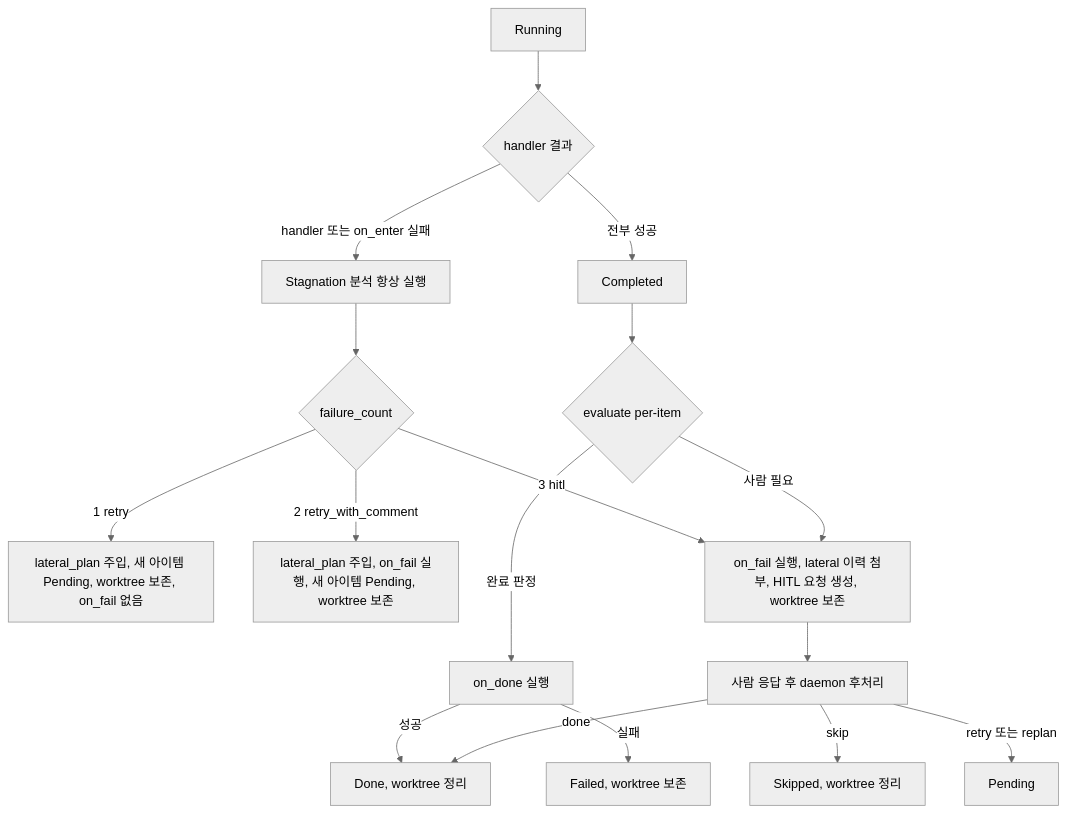
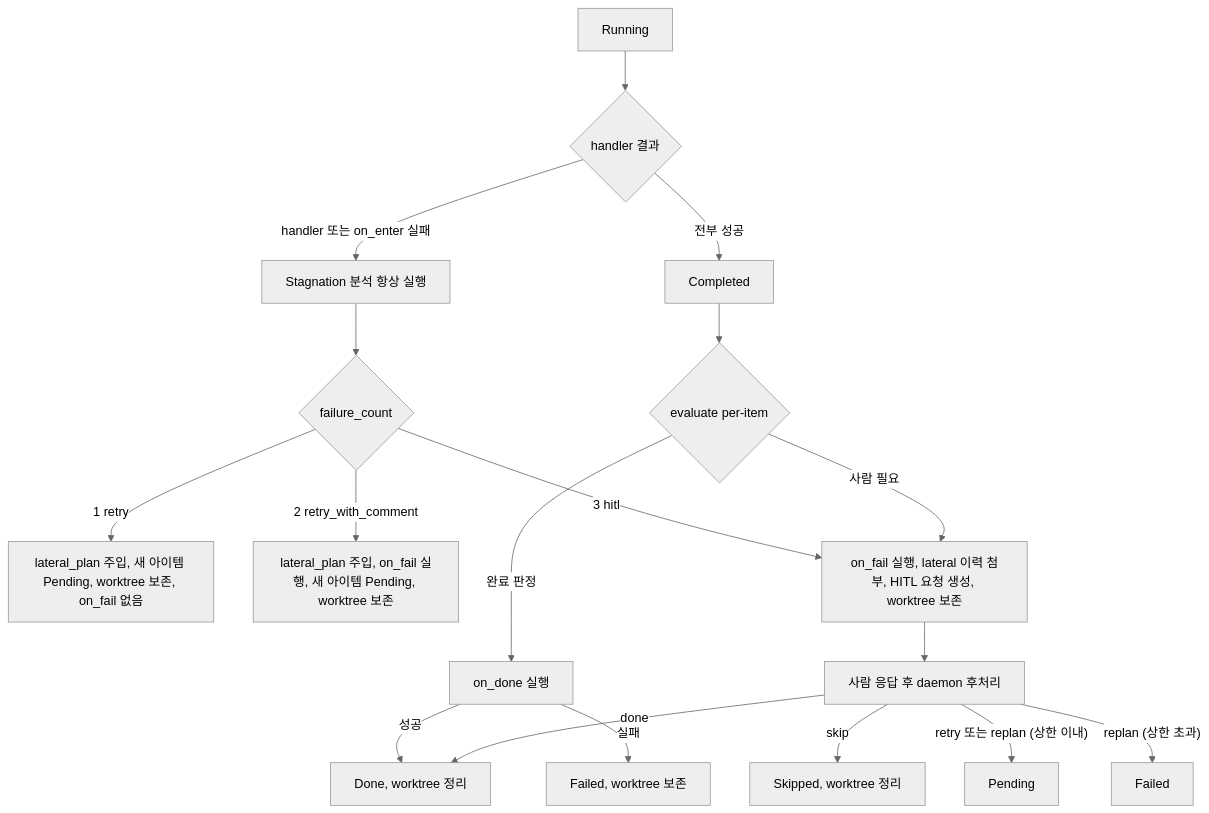
The second of 7 diagrams in spec/concerns/queue-state-machine.md (kys0213/belt), drawn with Mermaid (neutral theme) before and after one commit. The commit also changed other lines of this file and 5 other files, not shown here.

Commit message:
docs(spec): address design/flows review and settle replan-over-cap outcome

````diff
--- a/spec/concerns/queue-state-machine.md
+++ b/spec/concerns/queue-state-machine.md
@@ -78,19 +78,20 @@
 ```mermaid
 flowchart TD
     R["Running"] --> S{"handler 결과"}
     S -- "전부 성공" --> C["Completed"]
     S -- "handler 또는 on_enter 실패" --> A["Stagnation 분석 항상 실행"]
     A --> F{"failure_count"}
     F -- "1 retry" --> R1["lateral_plan 주입, 새 아이템 Pending, worktree 보존, on_fail 없음"]
     F -- "2 retry_with_comment" --> R2["lateral_plan 주입, on_fail 실행, 새 아이템 Pending, worktree 보존"]
     F -- "3 hitl" --> H["on_fail 실행, lateral 이력 첨부, HITL 요청 생성, worktree 보존"]
     C --> E{"evaluate per-item"}
     E -- "완료 판정" --> D["on_done 실행"]
     E -- "사람 필요" --> H
     D -- "성공" --> Done["Done, worktree 정리"]
     D -- "실패" --> Failed["Failed, worktree 보존"]
     H --> P["사람 응답 후 daemon 후처리"]
     P -- "done" --> Done
     P -- "skip" --> Sk["Skipped, worktree 정리"]
-    P -- "retry 또는 replan" --> Pe["Pending"]
+    P -- "retry 또는 replan (상한 이내)" --> Pe["Pending"]
+    P -- "replan (상한 초과)" --> Fl["Failed"]
 ```
````
